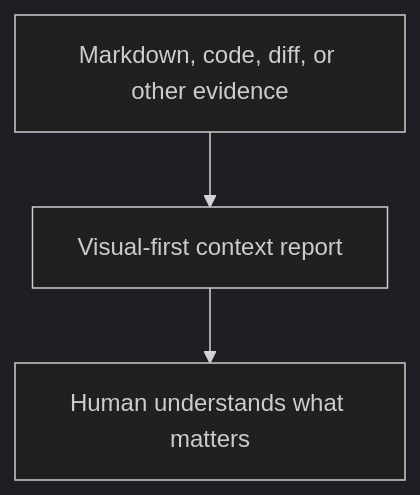
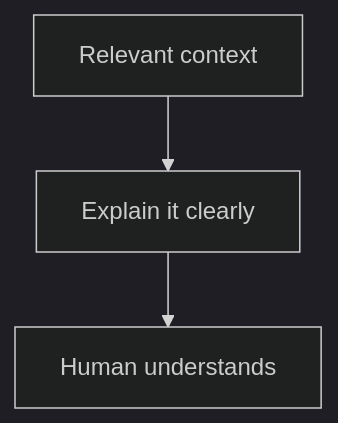
One commit to starodubtsevconsulting/ai-commands changed the first of 4 diagrams in show-context/README.md. Above: the diagram before and after it, drawn with Mermaid (dark theme). The commit also changed other lines of this file and 1 other file, not shown here.

Commit message:
Lead with show-context purpose

````diff
--- a/show-context/README.md
+++ b/show-context/README.md
@@ -3,6 +3,6 @@
 ```mermaid
 flowchart TD
-  Evidence["Markdown, code, diff, or other evidence"]
-  Evidence --> Report["Visual-first context report"]
-  Report --> Human["Human understands what matters"]
+  Context["Relevant context"]
+  Context --> Explain["Explain it clearly"]
+  Explain --> Human["Human understands"]
 ```
````
